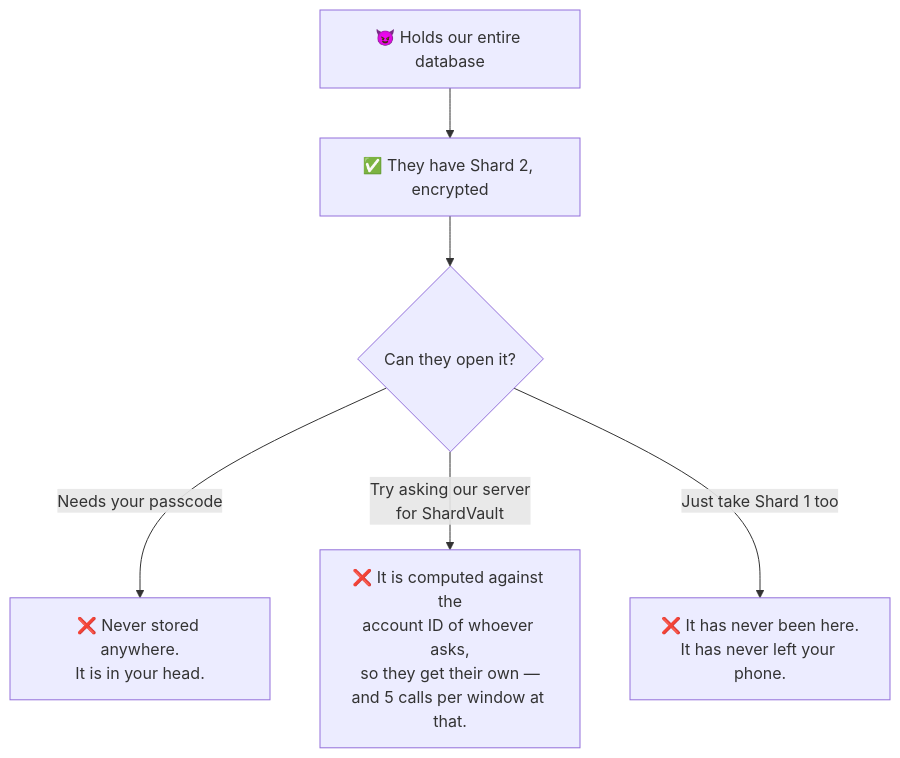
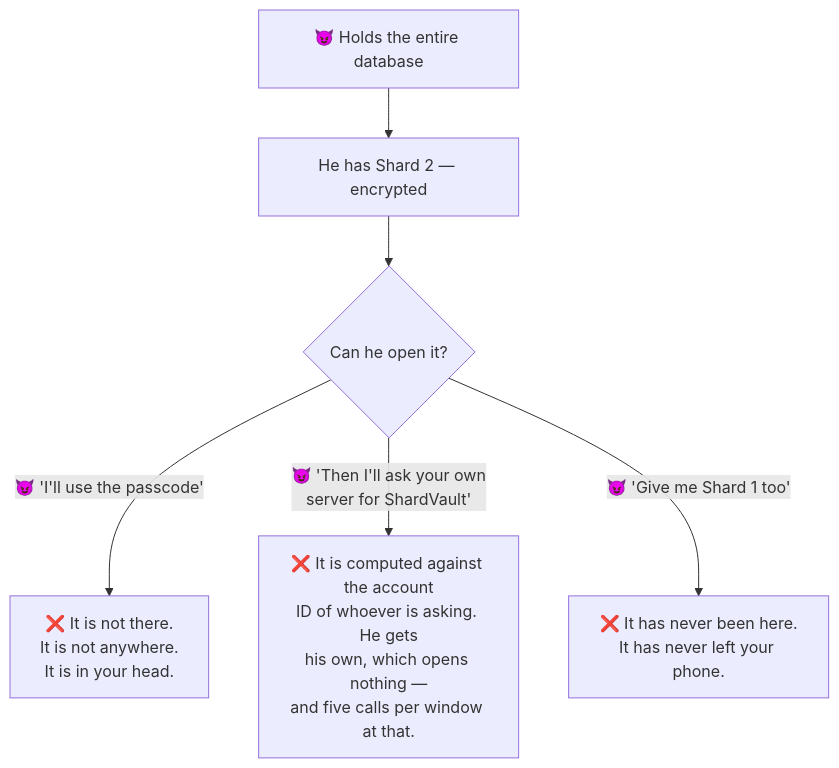
Before and after one commit to TuPhung369/passwordepic-website: the fourth of 11 diagrams in docs/attack-scenarios.md, drawn with Mermaid. The commit also changed other lines of this file and 6 other files, not shown here.

````diff
--- a/docs/attack-scenarios.md
+++ b/docs/attack-scenarios.md
@@ -76,8 +138,8 @@
 ```mermaid
 flowchart TD
-  A["😈 Holds our entire database"] --> B["✅ They have Shard 2, encrypted"]
-  B --> C{"Can they open it?"}
-  C -->|"Needs your passcode"| D["❌ Never stored anywhere.<br/>It is in your head."]
-  C -->|"Try asking our server<br/>for ShardVault"| E["❌ It is computed against the<br/>account ID of whoever asks,<br/>so they get their own —<br/>and 5 calls per window at that."]
-  C -->|"Just take Shard 1 too"| F["❌ It has never been here.<br/>It has never left your phone."]
+  A["😈 Holds the entire database"] --> B["He has Shard 2 — encrypted"]
+  B --> C{"Can he open it?"}
+  C -->|"😈 'I'll use the passcode'"| D["❌ It is not there.<br/>It is not anywhere.<br/>It is in your head."]
+  C -->|"😈 'Then I'll ask your own<br/>server for ShardVault'"| E["❌ It is computed against the account<br/>ID of whoever is asking. He gets<br/>his own, which opens nothing —<br/>and five calls per window at that."]
+  C -->|"😈 'Give me Shard 1 too'"| F["❌ It has never been here.<br/>It has never left your phone."]
 ```
````
